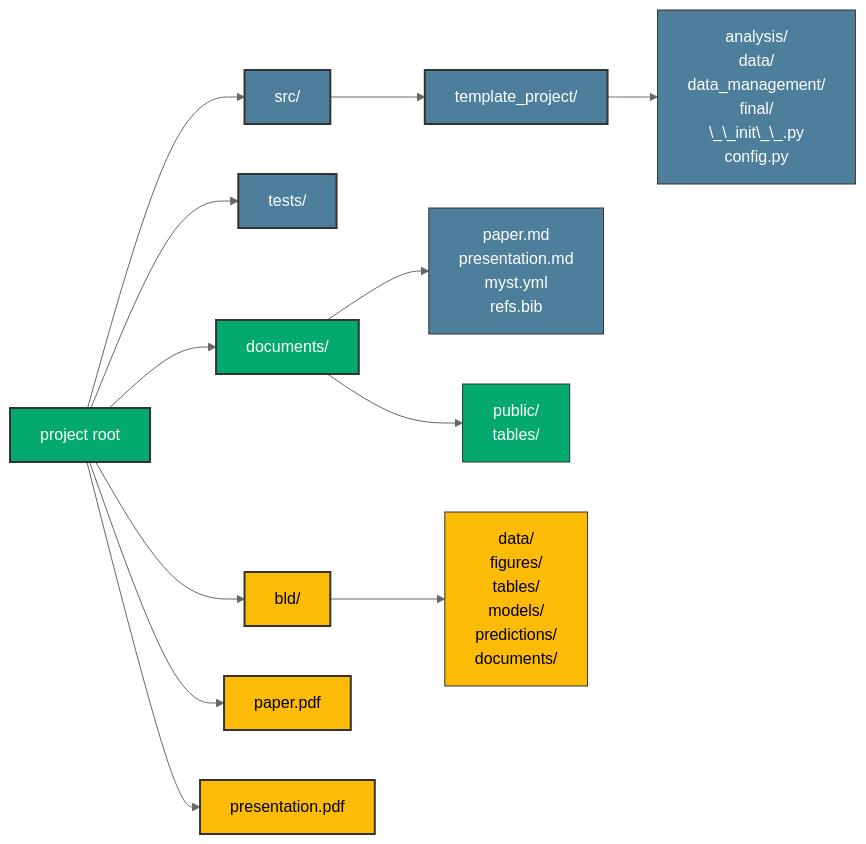
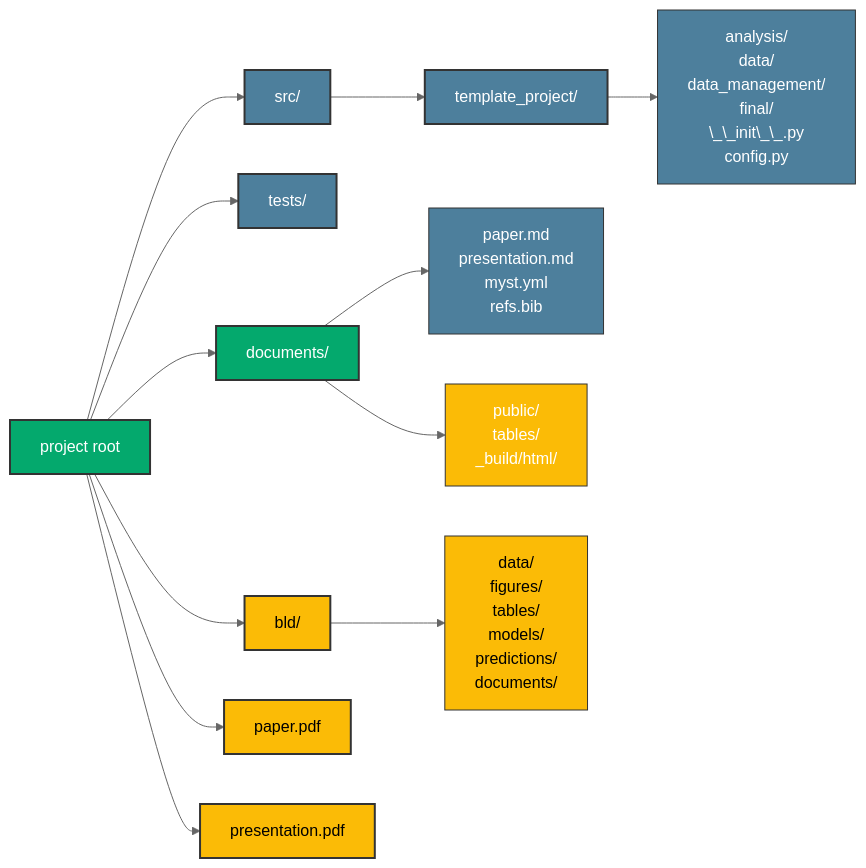
One commit to OpenSourceEconomics/econ-project-templates changed the first of 2 diagrams in docs_template/source/background/directory_structure.md. Above: the diagram before and after it, drawn with Mermaid (neutral theme). The commit also changed other lines of this file and 19 other files, not shown here.

````diff
--- a/docs_template/source/background/directory_structure.md
+++ b/docs_template/source/background/directory_structure.md
@@ -10,42 +10,42 @@
 ```{mermaid}
 flowchart LR
     Root["project root"]
 
     Src["src/"]
     SrcSub["template_project/"]
     SrcSubDir["analysis/<br/>data/<br/>data_management/<br/>final/<br/>\_\_init\_\_.py<br/>config.py"]
     Tests["tests/"]
     Documents["documents/"]
     DocumentsSource["paper.md<br/>presentation.md<br/>myst.yml<br/>refs.bib"]
-    DocumentsOutput["public/<br/>tables/"]
+    DocumentsOutput["public/<br/>tables/<br/>_build/html/"]
     Bld["bld/"]
     BldSub["data/<br/>figures/<br/>tables/<br/>models/<br/>predictions/<br/>documents/"]
     Paper["paper.pdf"]
     Presentation["presentation.pdf"]
 
     Root --> Paper
     Root --> Presentation
     Root --> Bld
     Root --> Documents
     Root --> Src
     Root --> Tests
 
     Bld --> BldSub
     Documents --> DocumentsSource
     Documents --> DocumentsOutput
     Src --> SrcSub
     SrcSub --> SrcSubDir
 
     style Root fill:#04A96D,stroke:#333,stroke-width:2px,color:#fff
     style Bld fill:#FBBB06,stroke:#333,stroke-width:2px,color:#000
     style Documents fill:#04A96D,stroke:#333,stroke-width:2px,color:#fff
     style Paper fill:#FBBB06,stroke:#333,stroke-width:2px,color:#000
     style Presentation fill:#FBBB06,stroke:#333,stroke-width:2px,color:#000
     style Src fill:#4d7f9c,stroke:#333,stroke-width:2px,color:#fff
     style Tests fill:#4d7f9c,stroke:#333,stroke-width:2px,color:#fff
     style BldSub fill:#FBBB06,stroke:#333,stroke-width:1px,color:#000
     style DocumentsSource fill:#4d7f9c,stroke:#333,stroke-width:1px,color:#fff
-    style DocumentsOutput fill:#04A96D,stroke:#333,stroke-width:1px,color:#fff
+    style DocumentsOutput fill:#FBBB06,stroke:#333,stroke-width:1px,color:#fff
     style SrcSub fill:#4d7f9c,stroke:#333,stroke-width:2px,color:#fff
     style SrcSubDir fill:#4d7f9c,stroke:#333,stroke-width:1px,color:#fff
 ```
````
